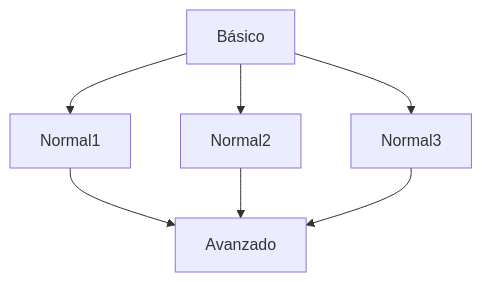
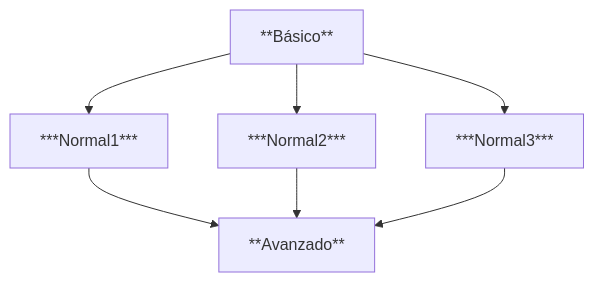
One commit to CursoNichu/LabGit4 changed the diagram in README.md. Above: the diagram before and after it, drawn with Mermaid.

````diff
--- a/README.md
+++ b/README.md
@@ -10,9 +10,9 @@
 ```mermaid
  graph TD;
-    Básico-->Normal1;
-    Básico-->Normal2;
-    Básico-->Normal3;
-    Normal1-->Avanzado;
-    Normal2-->Avanzado;
-    Normal3-->Avanzado;
+    **Básico**-->***Normal1***;
+    **Básico**-->***Normal2***;
+    **Básico**-->***Normal3***;
+    ***Normal1***-->**Avanzado**;
+    ***Normal2***-->**Avanzado**;
+    ***Normal3***-->**Avanzado**;
 ```
````
